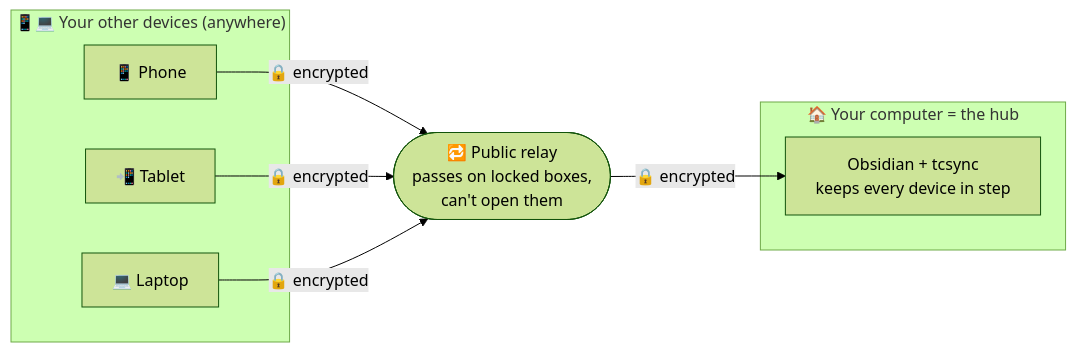
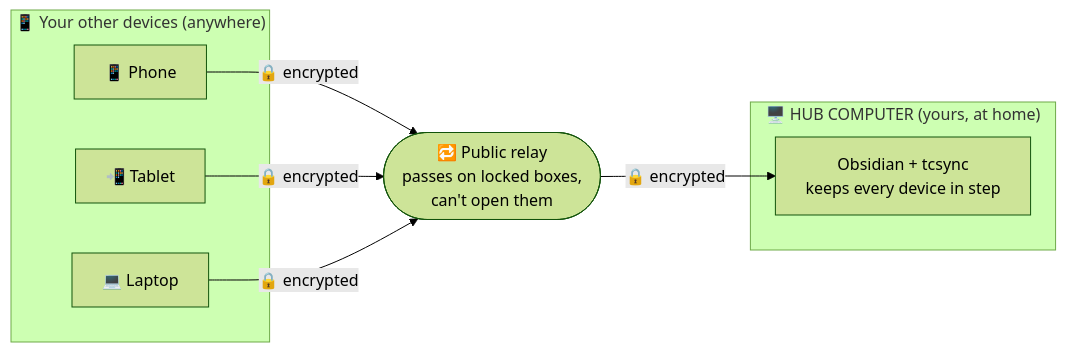
One commit to englishcompiler/tcsync changed the first of 2 diagrams in README.md. Above: the diagram before and after it, drawn with Mermaid (forest theme). The commit also changed other lines of this file, not shown here.

````diff
--- a/README.md
+++ b/README.md
@@ -9,16 +9,16 @@
 ```mermaid
 flowchart LR
-  subgraph YOU["📱💻 Your other devices (anywhere)"]
+  subgraph YOU["📱 Your other devices (anywhere)"]
     P["📱 Phone"]
     T["📲 Tablet"]
     L["💻 Laptop"]
   end
   R(["🔁 Public relay<br/>passes on locked boxes,<br/>can't open them"])
-  subgraph HOME["🏠 Your computer = the hub"]
+  subgraph HOME["🖥️ HUB COMPUTER (yours, at home)"]
     H["Obsidian + tcsync<br/>keeps every device in step"]
   end
   P -- "🔒 encrypted" --> R
   T -- "🔒 encrypted" --> R
   L -- "🔒 encrypted" --> R
   R -- "🔒 encrypted" --> H
 ```
````
